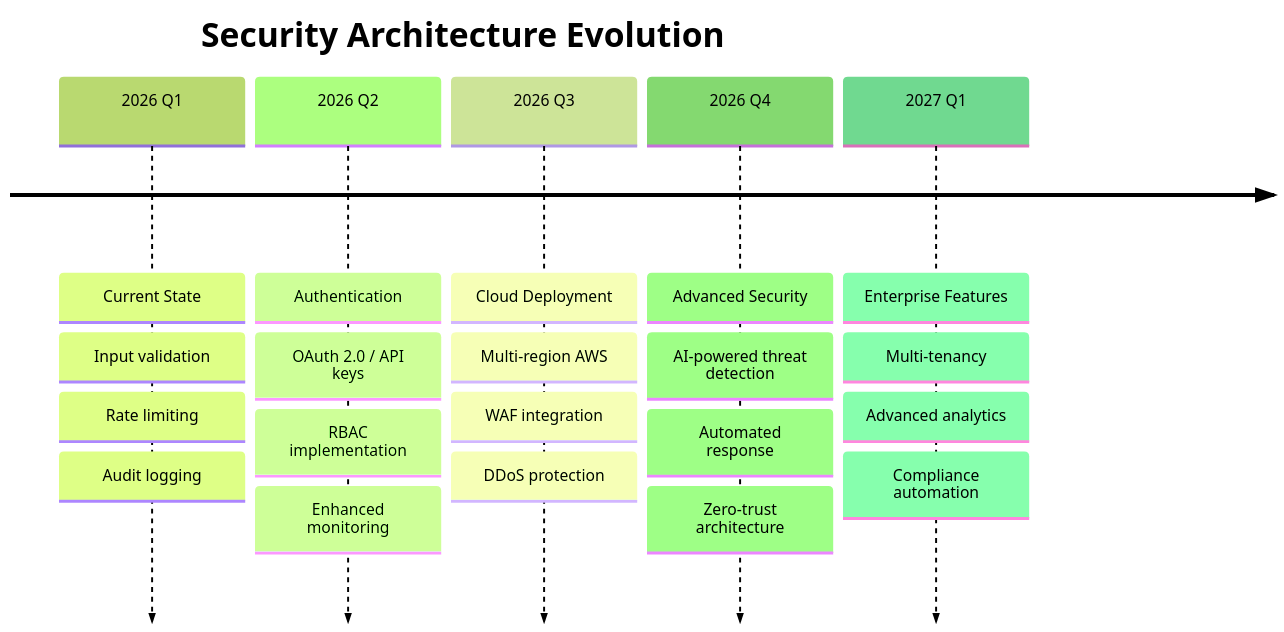
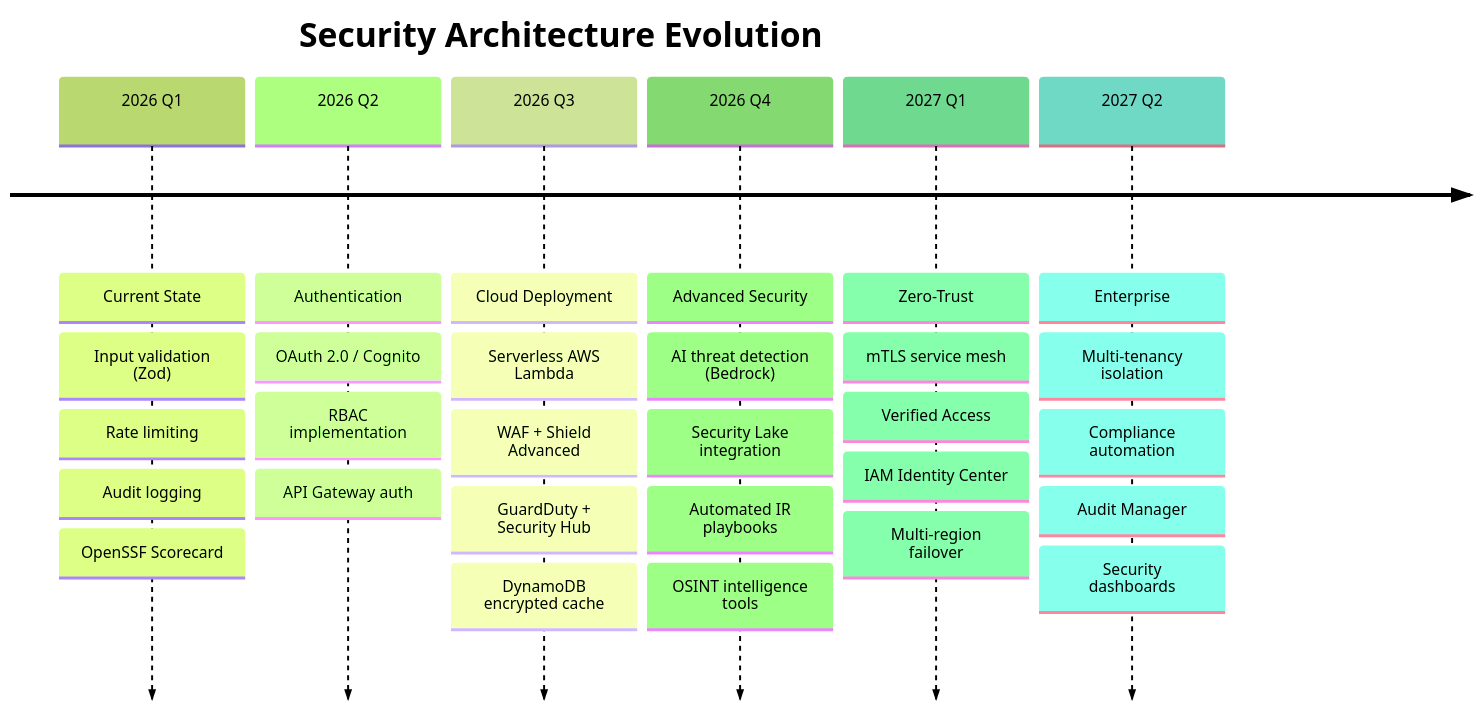
The third of 19 diagrams in FUTURE_SECURITY_ARCHITECTURE.md (Hack23/European-Parliament-MCP-Server), drawn with Mermaid (forest theme) before and after one commit. The commit also changed other lines of this file, not shown here.

Commit message:
docs: expand FUTURE_SECURITY_ARCHITECTURE.md with all missing mandatory sections

````diff
--- a/FUTURE_SECURITY_ARCHITECTURE.md
+++ b/FUTURE_SECURITY_ARCHITECTURE.md
@@ -37,24 +247,33 @@
 ```mermaid
 timeline
     title Security Architecture Evolution
     2026 Q1 : Current State
-            : Input validation
+            : Input validation (Zod)
             : Rate limiting
             : Audit logging
+            : OpenSSF Scorecard
     2026 Q2 : Authentication
-            : OAuth 2.0 / API keys
+            : OAuth 2.0 / Cognito
             : RBAC implementation
-            : Enhanced monitoring
+            : API Gateway auth
     2026 Q3 : Cloud Deployment
-            : Multi-region AWS
-            : WAF integration
-            : DDoS protection
+            : Serverless AWS Lambda
+            : WAF + Shield Advanced
+            : GuardDuty + Security Hub
+            : DynamoDB encrypted cache
     2026 Q4 : Advanced Security
-            : AI-powered threat detection
-            : Automated response
-            : Zero-trust architecture
-    2027 Q1 : Enterprise Features
-            : Multi-tenancy
-            : Advanced analytics
+            : AI threat detection (Bedrock)
+            : Security Lake integration
+            : Automated IR playbooks
+            : OSINT intelligence tools
+    2027 Q1 : Zero-Trust
+            : mTLS service mesh
+            : Verified Access
+            : IAM Identity Center
+            : Multi-region failover
+    2027 Q2 : Enterprise
+            : Multi-tenancy isolation
             : Compliance automation
+            : Audit Manager
+            : Security dashboards
 ```
````
